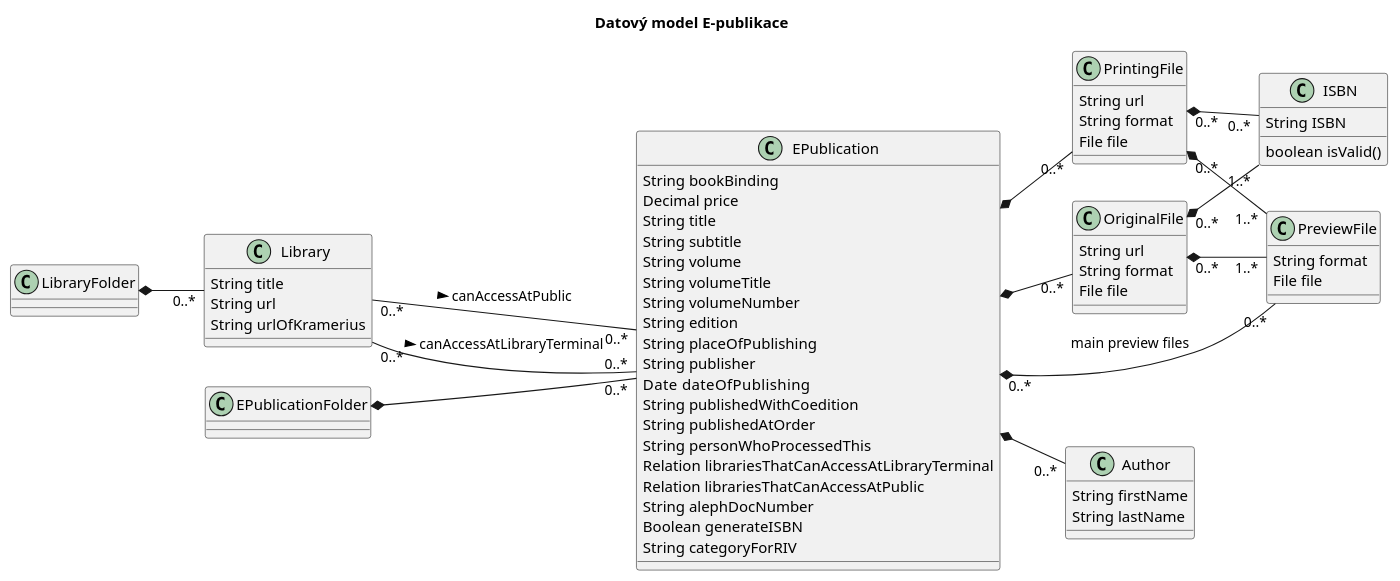
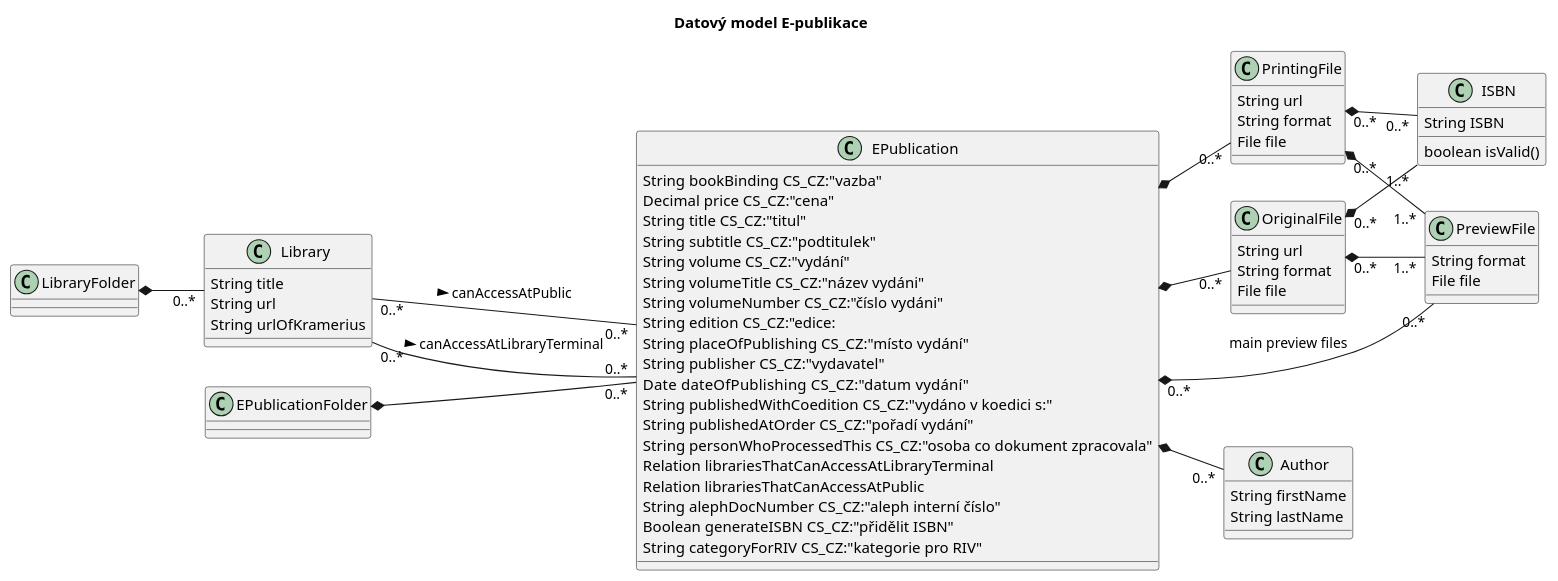
One commit to edeposit/edeposit changed the diagram in docs/dm01.plantuml. Above: the diagram before and after it, drawn with PlantUML. The commit also changed 3 other files, not shown here.

```diff
--- a/docs/dm01.plantuml
+++ b/docs/dm01.plantuml
@@ -1,81 +1,81 @@
 @startuml
 skinparam componentStyle uml2
 left to right direction
 title Datový model E-publikace
 
 class Library {
       String title
       String url
       String urlOfKramerius
 }
 
 class ISBN {
       String ISBN
       boolean isValid()
 }
 
 class PreviewFile {
       String format
       File file
 }
 
 class OriginalFile {
       String url
       String format
       File file
 }
 
 class Author {
       String firstName
       String lastName
 }
 
 class PrintingFile {
       String url
       String format
       File file
 }
 
 class EPublication {
-      String bookBinding
-      Decimal price
-      String title
-      String subtitle
-      String volume
-      String volumeTitle
-      String volumeNumber
-      String edition
-      String placeOfPublishing
-      String publisher
-      Date   dateOfPublishing
-      String publishedWithCoedition
-      String publishedAtOrder
-      String personWhoProcessedThis
+      String bookBinding CS_CZ:"vazba"
+      Decimal price CS_CZ:"cena"
+      String title CS_CZ:"titul"
+      String subtitle CS_CZ:"podtitulek"
+      String volume CS_CZ:"vydání"
+      String volumeTitle CS_CZ:"název vydáni"
+      String volumeNumber CS_CZ:"číslo vydáni"
+      String edition CS_CZ:"edice:
+      String placeOfPublishing CS_CZ:"místo vydání"
+      String publisher CS_CZ:"vydavatel"
+      Date   dateOfPublishing CS_CZ:"datum vydání"
+      String publishedWithCoedition CS_CZ:"vydáno v koedici s:"
+      String publishedAtOrder CS_CZ:"pořadí vydání"
+      String personWhoProcessedThis CS_CZ:"osoba co dokument zpracovala"
       Relation librariesThatCanAccessAtLibraryTerminal
       Relation librariesThatCanAccessAtPublic
-      String alephDocNumber
-      Boolean generateISBN
-      String categoryForRIV
+      String alephDocNumber CS_CZ:"aleph interní číslo"
+      Boolean generateISBN CS_CZ:"přidělit ISBN"
+      String categoryForRIV CS_CZ:"kategorie pro RIV"
 }
 
 class EPublicationFolder {
       
 }
 
 class LibraryFolder {
 }
 
 Library "0..*" -- "0..*" EPublication: canAccessAtLibraryTerminal >
 Library "0..*" -- "0..*" EPublication: canAccessAtPublic >
 EPublication *-- "0..*" OriginalFile
 EPublication *-- "0..*" PrintingFile
 EPublication *-- "0..*" Author
 EPublication "0..*" *-- "0..*" PreviewFile: main preview files
 OriginalFile "0..*" *-- "1..*" ISBN
 PrintingFile "0..*" *-- "0..*" ISBN
 OriginalFile "0..*" *-- "1..*" PreviewFile
 PrintingFile "0..*" *-- "1..*" PreviewFile
 EPublicationFolder *-- "0..*" EPublication
 LibraryFolder *-- "0..*" Library
 
 @enduml
```
